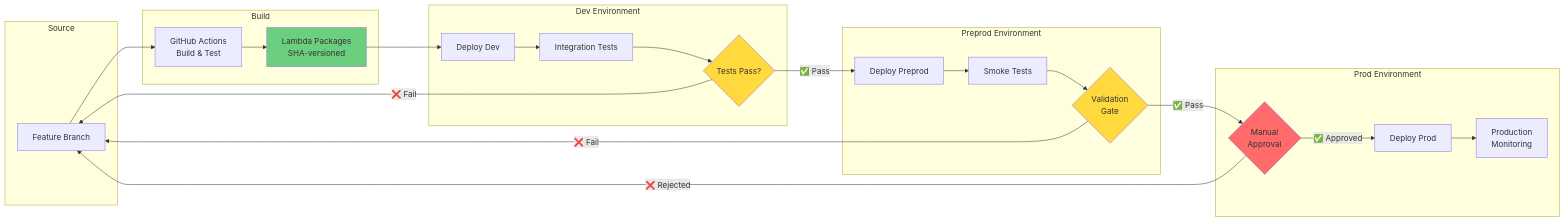
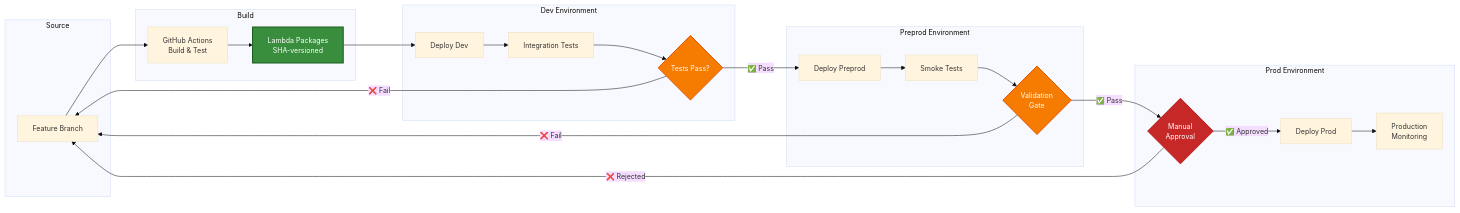
Before and after one commit to traylorre/sentiment-analyzer-gsk: the third of 4 diagrams in README.md, drawn with Mermaid. The commit also changed other lines of this file and 1 other file, not shown here.

First line of the commit message:
docs: Improve mermaid diagram accessibility and color contrast

````diff
--- a/README.md
+++ b/README.md
@@ -227,54 +238,58 @@
 ```mermaid
+%%{init: {'theme':'base', 'themeVariables': {'fontSize':'14px'}}}%%
 graph LR
     subgraph "Source"
         Code[Feature Branch]
     end
 
     subgraph "Build"
         GHA[GitHub Actions<br/>Build & Test]
         Artifact[Lambda Packages<br/>SHA-versioned]
     end
 
     subgraph "Dev Environment"
         DevDeploy[Deploy Dev]
         DevTest[Integration Tests]
         DevApprove{Tests Pass?}
     end
 
     subgraph "Preprod Environment"
         PreprodDeploy[Deploy Preprod]
         PreprodTest[Smoke Tests]
         PreprodApprove{Validation<br/>Gate}
     end
 
     subgraph "Prod Environment"
         ProdApprove{Manual<br/>Approval}
         ProdDeploy[Deploy Prod]
         ProdMonitor[Production<br/>Monitoring]
     end
 
     Code --> GHA
     GHA --> Artifact
     Artifact --> DevDeploy
     DevDeploy --> DevTest
     DevTest --> DevApprove
 
     DevApprove -->|✅ Pass| PreprodDeploy
     DevApprove -->|❌ Fail| Code
 
     PreprodDeploy --> PreprodTest
     PreprodTest --> PreprodApprove
 
     PreprodApprove -->|✅ Pass| ProdApprove
     PreprodApprove -->|❌ Fail| Code
 
     ProdApprove -->|✅ Approved| ProdDeploy
     ProdApprove -->|❌ Rejected| Code
 
     ProdDeploy --> ProdMonitor
 
-    style DevApprove fill:#FFD93D
-    style PreprodApprove fill:#FFD93D
-    style ProdApprove fill:#FF6B6B
-    style Artifact fill:#6BCF7F
+    classDef gateStyle fill:#f57c00,stroke:#e65100,stroke-width:2px,color:#fff
+    classDef criticalGate fill:#c62828,stroke:#b71c1c,stroke-width:2px,color:#fff
+    classDef artifactStyle fill:#388e3c,stroke:#1b5e20,stroke-width:2px,color:#fff
+
+    class DevApprove,PreprodApprove gateStyle
+    class ProdApprove criticalGate
+    class Artifact artifactStyle
 ```
````
